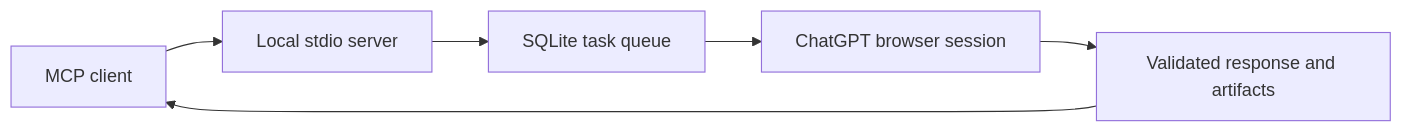
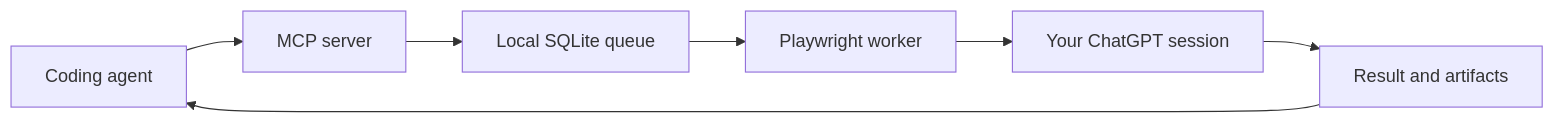
Before and after one commit to rnaefe/chatgpt-wrapper: the diagram in README.md, drawn with Mermaid. The commit also changed other lines of this file, not shown here.

````diff
--- a/README.md
+++ b/README.md
@@ -53,8 +51,9 @@
 ```mermaid
 flowchart LR
-  Client[MCP client] --> MCP[Local stdio server]
-  MCP --> Queue[SQLite task queue]
-  Queue --> Browser[ChatGPT browser session]
-  Browser --> Result[Validated response and artifacts]
-  Result --> Client
+  A[Coding agent] --> B[MCP server]
+  B --> C[Local SQLite queue]
+  C --> D[Playwright worker]
+  D --> E[Your ChatGPT session]
+  E --> F[Result and artifacts]
+  F --> A
 ```
````
